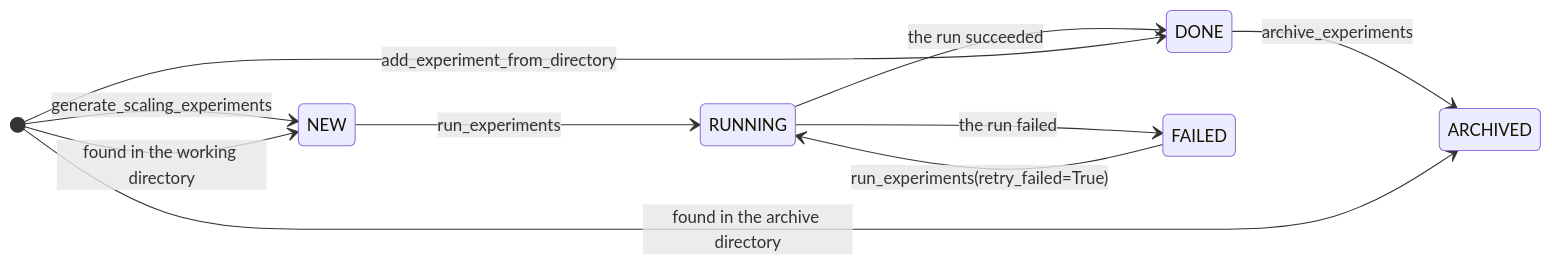
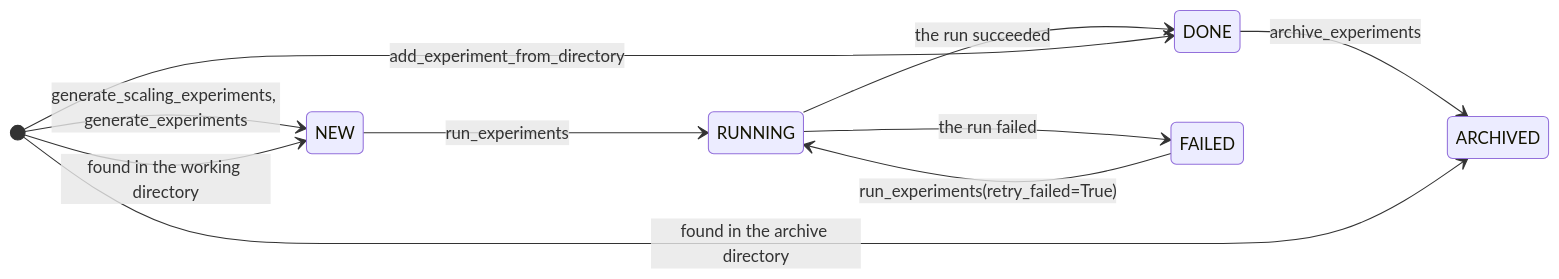
One commit to ACCESS-NRI/access-profiling changed the second of 2 diagrams in documentation/docs/pages/user-guide/index.md. Above: the diagram before and after it, drawn with Mermaid. The commit also changed other lines of this file and 22 other files, not shown here.

````diff
--- a/documentation/docs/pages/user-guide/index.md
+++ b/documentation/docs/pages/user-guide/index.md
@@ -84,13 +90,13 @@
 ```mermaid
 stateDiagram-v2
     direction LR
-    [*] --> NEW: generate_scaling_experiments
+    [*] --> NEW: generate_scaling_experiments, generate_experiments
     NEW --> RUNNING: run_experiments
     RUNNING --> DONE: the run succeeded
     RUNNING --> FAILED: the run failed
     FAILED --> RUNNING: run_experiments(retry_failed=True)
     DONE --> ARCHIVED: archive_experiments
     [*] --> DONE: add_experiment_from_directory
     [*] --> NEW: found in the working directory
     [*] --> ARCHIVED: found in the archive directory
 ```
````
